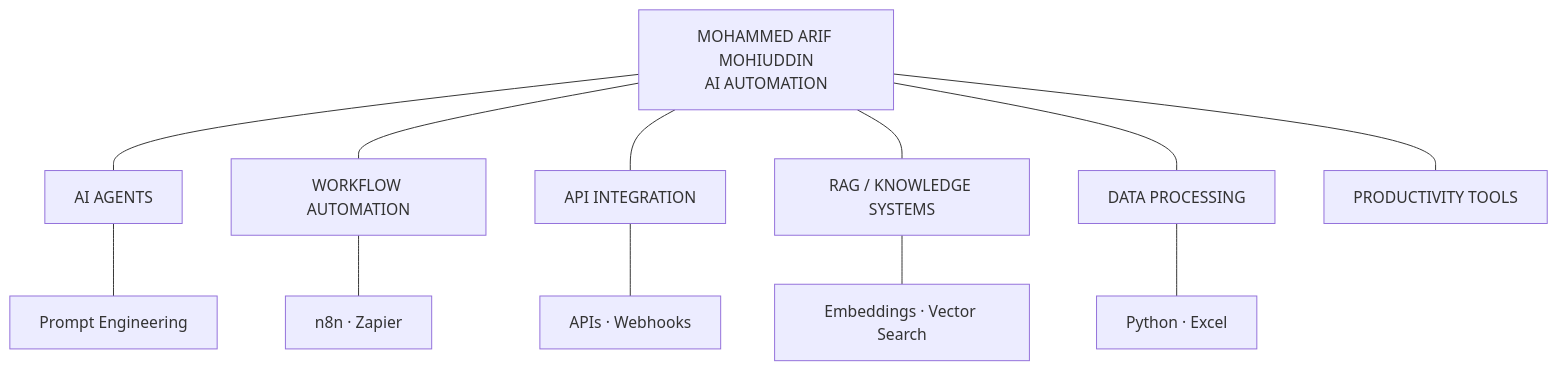
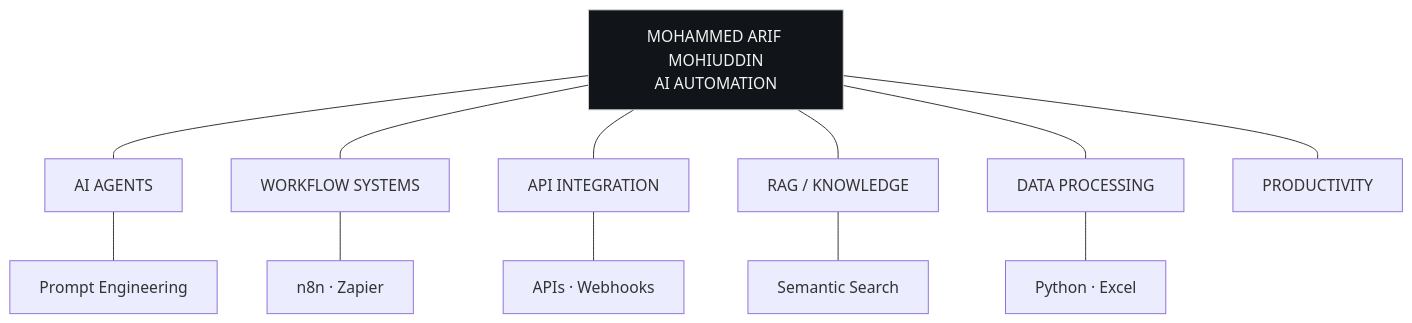
The diagram in README.md (arifmohiuddin726-ship-it/arifmohiuddin726-ship-it), drawn with Mermaid before and after one commit. The commit also changed other lines of this file, not shown here.

````diff
--- a/README.md
+++ b/README.md
@@ -40,15 +49,17 @@
 ```mermaid
 flowchart TD
-    A["MOHAMMED ARIF MOHIUDDIN<br/>AI AUTOMATION"] 
+    A["MOHAMMED ARIF MOHIUDDIN<br/>AI AUTOMATION"]
     A --- B["AI AGENTS"]
-    A --- C["WORKFLOW AUTOMATION"]
+    A --- C["WORKFLOW SYSTEMS"]
     A --- D["API INTEGRATION"]
-    A --- E["RAG / KNOWLEDGE SYSTEMS"]
+    A --- E["RAG / KNOWLEDGE"]
     A --- F["DATA PROCESSING"]
-    A --- G["PRODUCTIVITY TOOLS"]
+    A --- G["PRODUCTIVITY"]
     B --- H["Prompt Engineering"]
     C --- I["n8n · Zapier"]
     D --- J["APIs · Webhooks"]
-    E --- K["Embeddings · Vector Search"]
+    E --- K["Semantic Search"]
     F --- L["Python · Excel"]
+    classDef main fill:#111418,stroke:#d0d0d0,color:#f2f2f2;
+    class A main;
 ```
````
